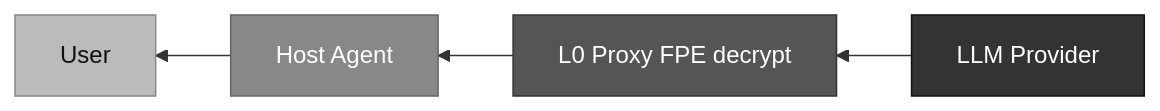
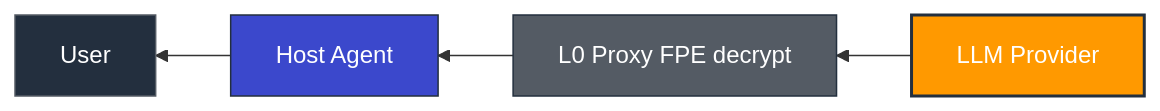
The seventh of 14 diagrams in ARCHITECTURE.md (OpenObscure/OpenObscure), drawn with Mermaid before and after one commit. The commit also changed other lines of this file and 3 other files, not shown here.

First line of the commit message:
Apply consistent color palette across all mermaid diagrams

````diff
--- a/ARCHITECTURE.md
+++ b/ARCHITECTURE.md
@@ -284,11 +293,11 @@
 ```mermaid
 flowchart RL
     llm["LLM Provider"] --> proxy["L0 Proxy FPE decrypt"]
     proxy --> agent["Host Agent"]
     agent --> user["User"]
 
-    style llm fill:#333,stroke:#111,color:#fff
-    style proxy fill:#555,stroke:#333,color:#fff
-    style agent fill:#888,stroke:#666,color:#fff
-    style user fill:#bbb,stroke:#888,color:#111
+    style llm fill:#ff9900,stroke:#232F3E,stroke-width:2px,color:#fff
+    style proxy fill:#545b64,stroke:#232F3E,color:#fff
+    style agent fill:#3b48cc,stroke:#232F3E,color:#fff
+    style user fill:#232F3E,stroke:#545b64,color:#fff
 ```
````
